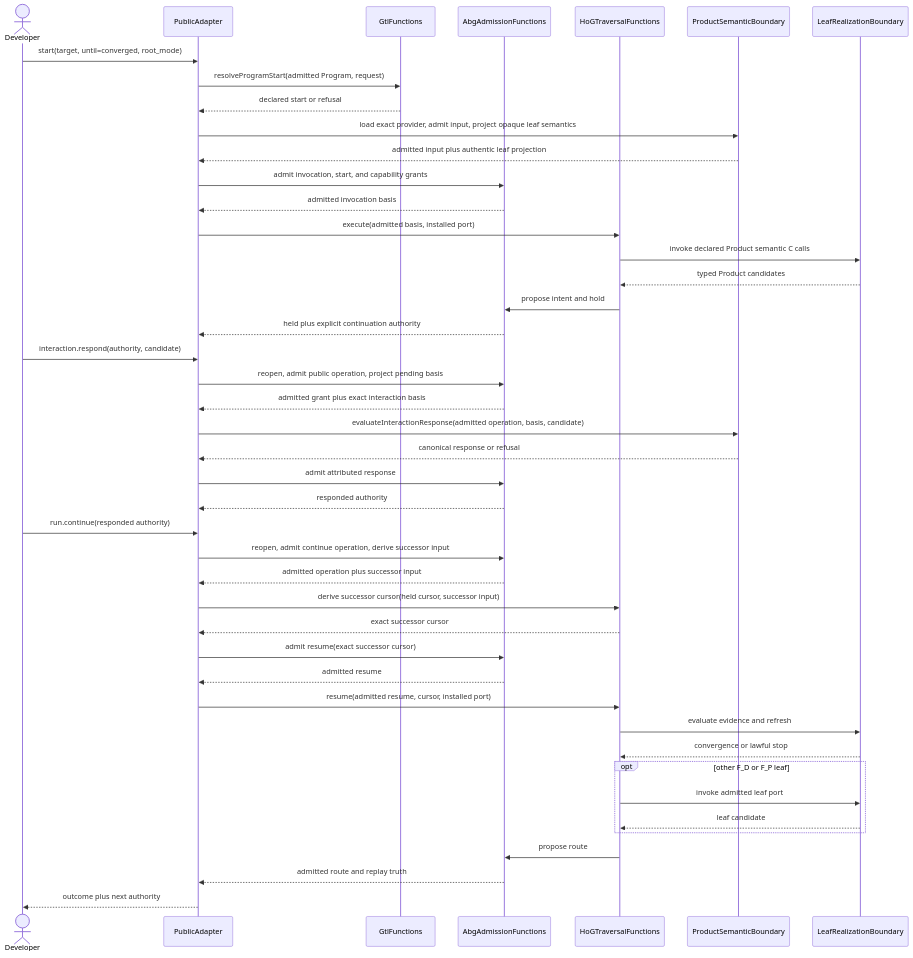
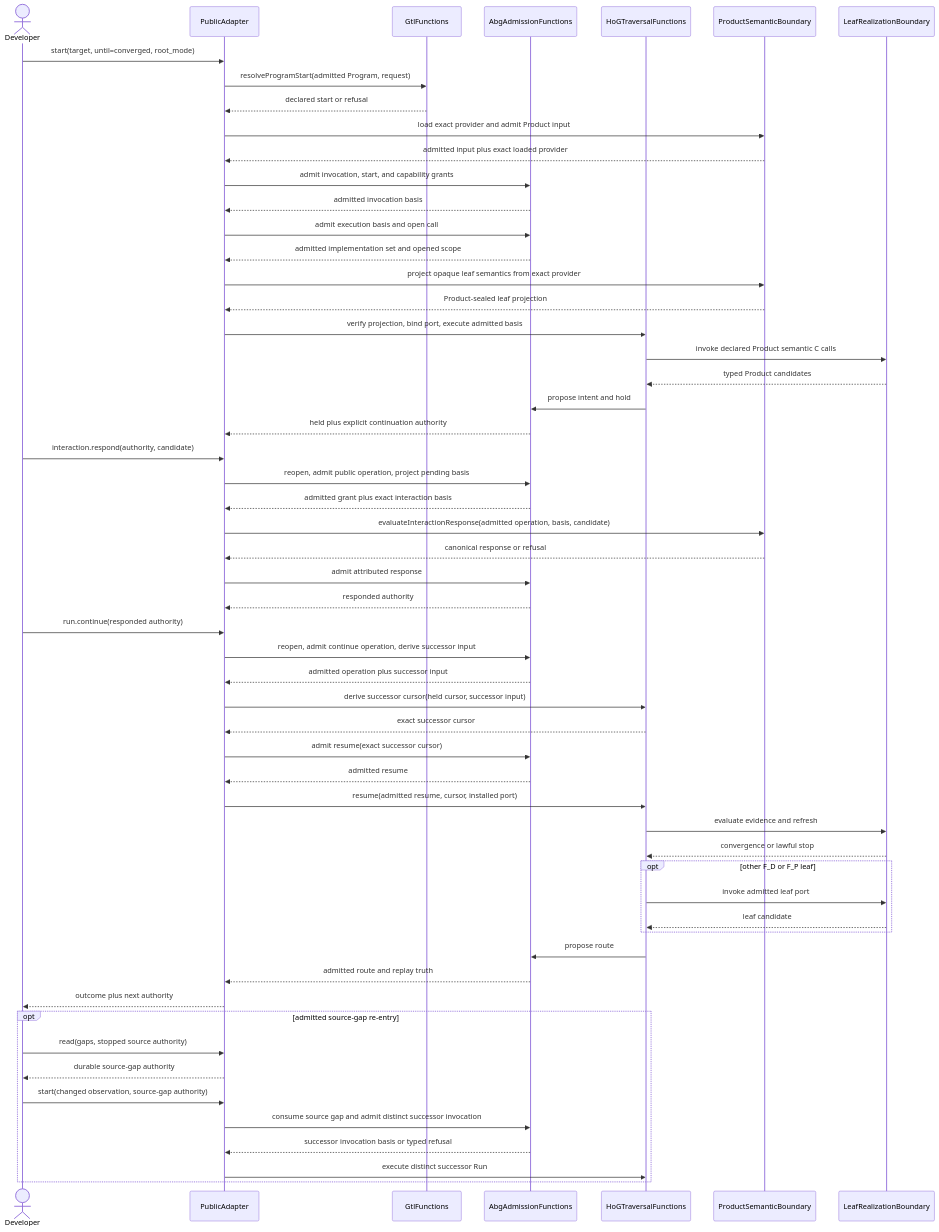
The sixth of 7 diagrams in build_tenants/abiogenesis/typescript/design/M05_DIRECT_GTL_TRAVERSAL_EXPANSION_DESIGN.md (foolishimp/abiogenesis), drawn with Mermaid before and after one commit. The commit also changed other lines of this file and 14 other files, not shown here.

Commit message:
fix(s03): keep leaf semantics provenance in Product

````diff
--- a/build_tenants/abiogenesis/typescript/design/M05_DIRECT_GTL_TRAVERSAL_EXPANSION_DESIGN.md
+++ b/build_tenants/abiogenesis/typescript/design/M05_DIRECT_GTL_TRAVERSAL_EXPANSION_DESIGN.md
@@ -1546,46 +1561,58 @@
 ```mermaid
 sequenceDiagram
   actor Developer
   participant PublicAdapter
   participant GtlFunctions
   participant AbgAdmissionFunctions
   participant HoGTraversalFunctions
   participant ProductSemanticBoundary
   participant LeafRealizationBoundary
   Developer->>PublicAdapter: start(target, until=converged, root_mode)
   PublicAdapter->>GtlFunctions: resolveProgramStart(admitted Program, request)
   GtlFunctions-->>PublicAdapter: declared start or refusal
-  PublicAdapter->>ProductSemanticBoundary: load exact provider, admit input, project opaque leaf semantics
-  ProductSemanticBoundary-->>PublicAdapter: admitted input plus authentic leaf projection
+  PublicAdapter->>ProductSemanticBoundary: load exact provider and admit Product input
+  ProductSemanticBoundary-->>PublicAdapter: admitted input plus exact loaded provider
   PublicAdapter->>AbgAdmissionFunctions: admit invocation, start, and capability grants
   AbgAdmissionFunctions-->>PublicAdapter: admitted invocation basis
-  PublicAdapter->>HoGTraversalFunctions: execute(admitted basis, installed port)
+  PublicAdapter->>AbgAdmissionFunctions: admit execution basis and open call
+  AbgAdmissionFunctions-->>PublicAdapter: admitted implementation set and opened scope
+  PublicAdapter->>ProductSemanticBoundary: project opaque leaf semantics from exact provider
+  ProductSemanticBoundary-->>PublicAdapter: Product-sealed leaf projection
+  PublicAdapter->>HoGTraversalFunctions: verify projection, bind port, execute admitted basis
   HoGTraversalFunctions->>LeafRealizationBoundary: invoke declared Product semantic C calls
   LeafRealizationBoundary-->>HoGTraversalFunctions: typed Product candidates
   HoGTraversalFunctions->>AbgAdmissionFunctions: propose intent and hold
   AbgAdmissionFunctions-->>PublicAdapter: held plus explicit continuation authority
   Developer->>PublicAdapter: interaction.respond(authority, candidate)
   PublicAdapter->>AbgAdmissionFunctions: reopen, admit public operation, project pending basis
   AbgAdmissionFunctions-->>PublicAdapter: admitted grant plus exact interaction basis
   PublicAdapter->>ProductSemanticBoundary: evaluateInteractionResponse(admitted operation, basis, candidate)
   ProductSemanticBoundary-->>PublicAdapter: canonical response or refusal
   PublicAdapter->>AbgAdmissionFunctions: admit attributed response
   AbgAdmissionFunctions-->>PublicAdapter: responded authority
   Developer->>PublicAdapter: run.continue(responded authority)
   PublicAdapter->>AbgAdmissionFunctions: reopen, admit continue operation, derive successor input
   AbgAdmissionFunctions-->>PublicAdapter: admitted operation plus successor input
   PublicAdapter->>HoGTraversalFunctions: derive successor cursor(held cursor, successor input)
   HoGTraversalFunctions-->>PublicAdapter: exact successor cursor
   PublicAdapter->>AbgAdmissionFunctions: admit resume(exact successor cursor)
   AbgAdmissionFunctions-->>PublicAdapter: admitted resume
   PublicAdapter->>HoGTraversalFunctions: resume(admitted resume, cursor, installed port)
   HoGTraversalFunctions->>LeafRealizationBoundary: evaluate evidence and refresh
   LeafRealizationBoundary-->>HoGTraversalFunctions: convergence or lawful stop
   opt other F_D or F_P leaf
     HoGTraversalFunctions->>LeafRealizationBoundary: invoke admitted leaf port
     LeafRealizationBoundary-->>HoGTraversalFunctions: leaf candidate
   end
   HoGTraversalFunctions->>AbgAdmissionFunctions: propose route
   AbgAdmissionFunctions-->>PublicAdapter: admitted route and replay truth
   PublicAdapter-->>Developer: outcome plus next authority
+  opt admitted source-gap re-entry
+    Developer->>PublicAdapter: read(gaps, stopped source authority)
+    PublicAdapter-->>Developer: durable source-gap authority
+    Developer->>PublicAdapter: start(changed observation, source-gap authority)
+    PublicAdapter->>AbgAdmissionFunctions: consume source gap and admit distinct successor invocation
+    AbgAdmissionFunctions-->>PublicAdapter: successor invocation basis or typed refusal
+    PublicAdapter->>HoGTraversalFunctions: execute distinct successor Run
+  end
 ```
````
